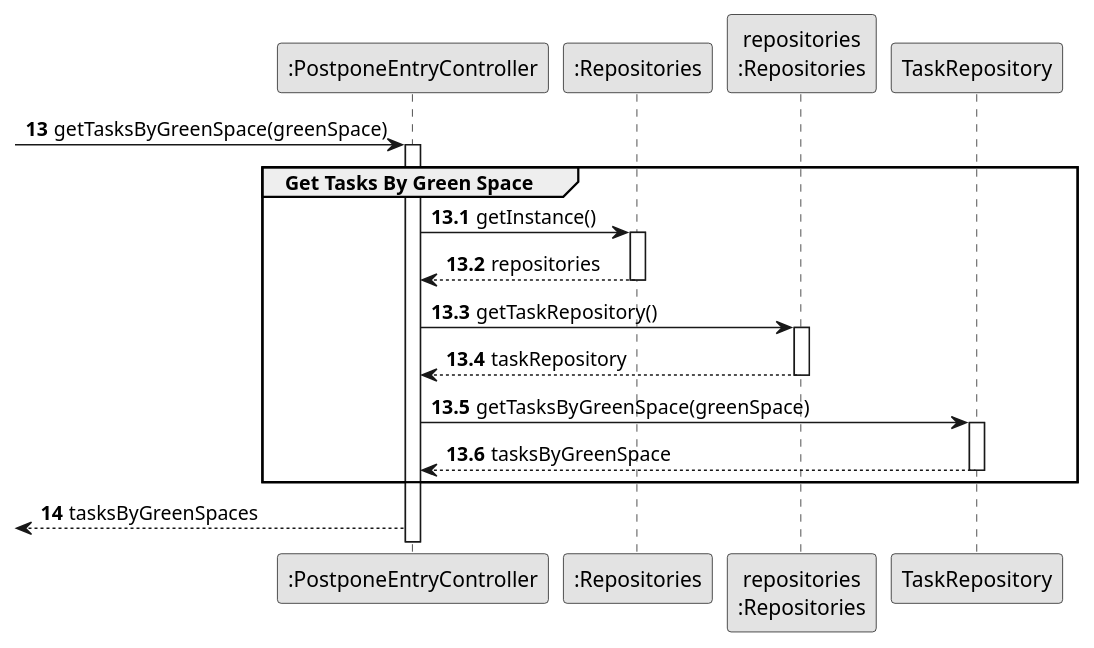
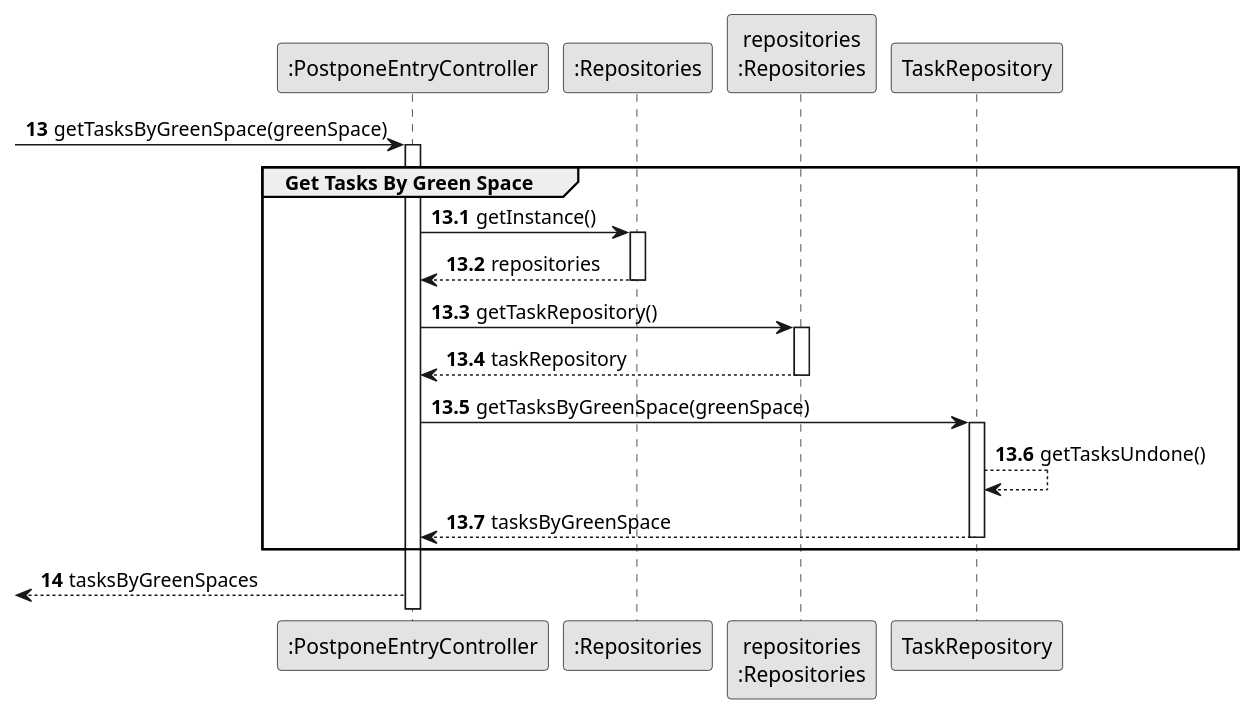
One commit to Departamento-de-Engenharia-Informatica/lei-24-s2-1dm-g132 changed the diagram in docs/sprintC/us025/03.design/puml/us025-sequence-diagram-partial-get-tasks-by-green-space.puml. Above: the diagram before and after it, drawn with PlantUML. The commit also changed 7 other files, not shown here.

```diff
--- a/docs/sprintC/us025/03.design/puml/us025-sequence-diagram-partial-get-tasks-by-green-space.puml
+++ b/docs/sprintC/us025/03.design/puml/us025-sequence-diagram-partial-get-tasks-by-green-space.puml
@@ -1,40 +1,42 @@
 @startuml
 skinparam monochrome true
 skinparam packageStyle rectangle
 skinparam shadowing false
 
 participant ":PostponeEntryController" as CTRL
 participant ":Repositories" as RepositorySingleton
 participant "repositories\n:Repositories" as PLAT
 participant "TaskRepository" as TaskRepository
 
 autonumber 13
 -> CTRL : getTasksByGreenSpace(greenSpace)
 
 autonumber 13.1
 
 activate CTRL
     group Get Tasks By Green Space
            CTRL -> RepositorySingleton : getInstance()
            activate RepositorySingleton
 
            RepositorySingleton --> CTRL: repositories
            deactivate RepositorySingleton
 
            CTRL -> PLAT : getTaskRepository()
            activate PLAT
 
            PLAT --> CTRL: taskRepository
            deactivate PLAT
 
            CTRL -> TaskRepository : getTasksByGreenSpace(greenSpace)
            activate TaskRepository
 
+           TaskRepository --> TaskRepository : getTasksUndone()
+
            TaskRepository --> CTRL : tasksByGreenSpace
            deactivate TaskRepository
 
 end group
 autonumber 14
 <-- CTRL : tasksByGreenSpaces
 
 @enduml
```
